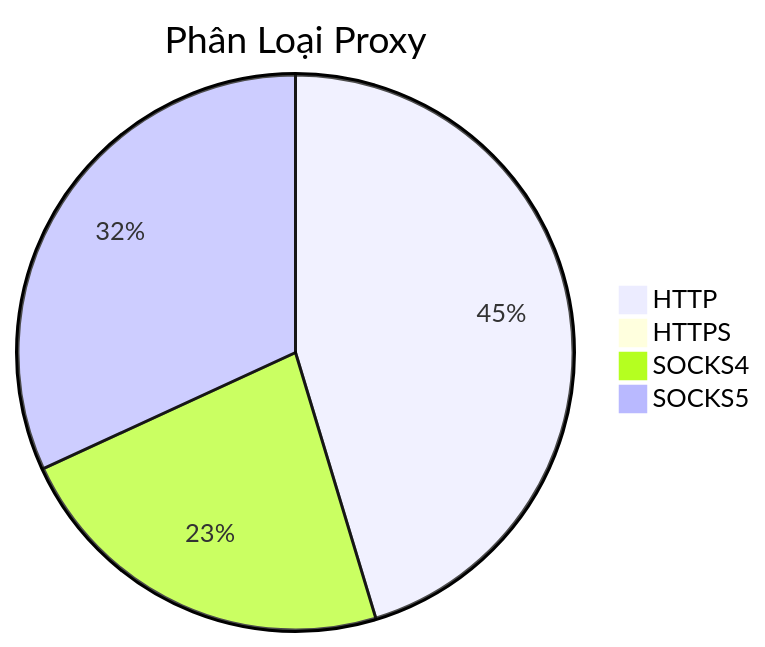
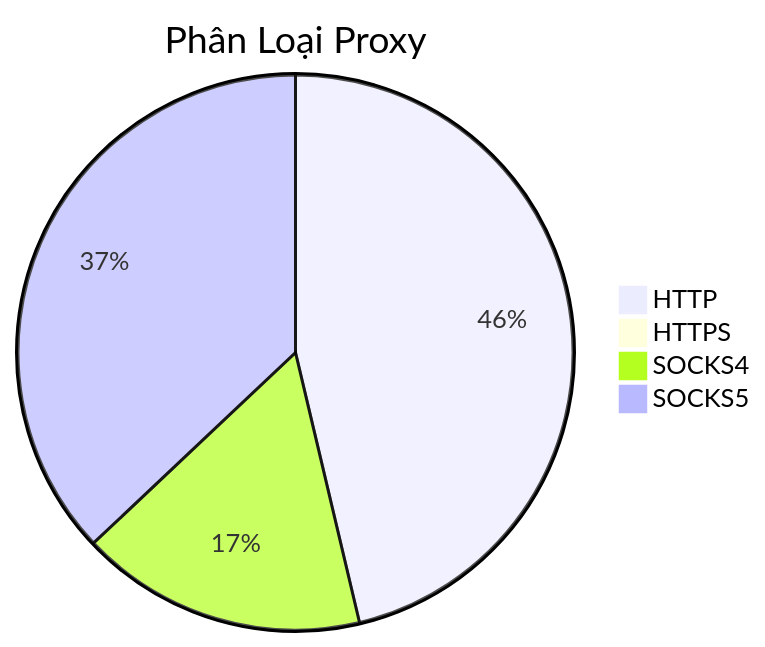
The diagram in README.md (Ciara-Aa/PROXY-free), drawn with Mermaid before and after one commit. The commit also changed other lines of this file and 4 other files, not shown here.

````diff
--- a/README.md
+++ b/README.md
@@ -26,7 +26,7 @@
 ```mermaid
 pie title Phân Loại Proxy
-    "HTTP" : 330
-    "HTTPS" : 3
-    "SOCKS4" : 166
-    "SOCKS5" : 232
+    "HTTP" : 275
+    "HTTPS" : 2
+    "SOCKS4" : 99
+    "SOCKS5" : 220
 ```
````
